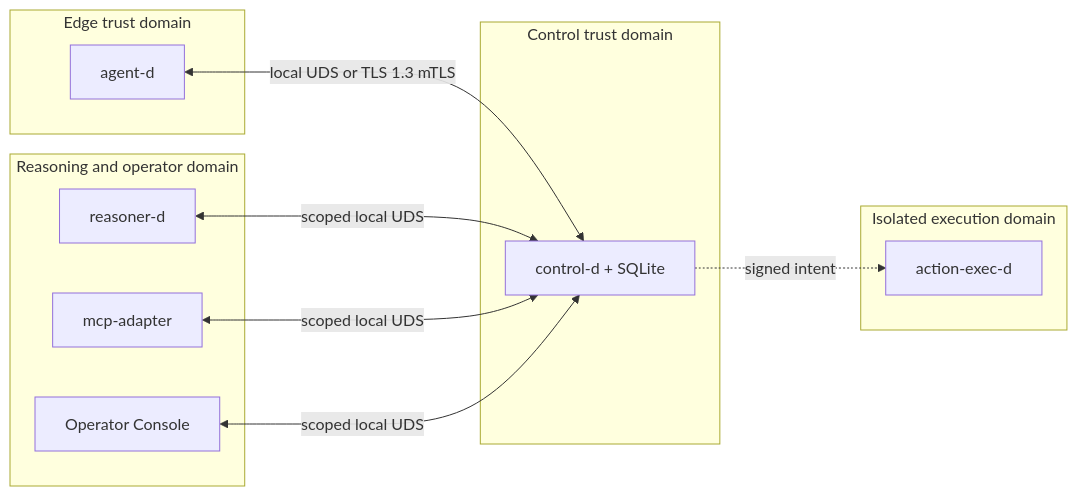
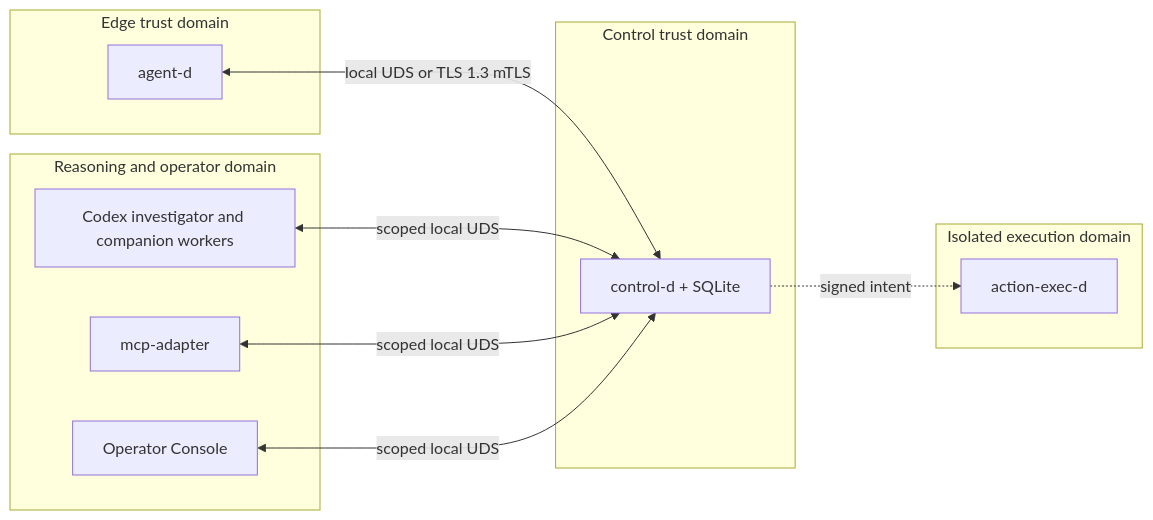
Before and after one commit to FloorIsGround/defensive-security-autonomous-mitigation-harness: the diagram in README.md, drawn with Mermaid. The commit also changed other lines of this file and 84 other files, not shown here.

````diff
--- a/README.md
+++ b/README.md
@@ -7,20 +7,20 @@
 ```mermaid
 flowchart LR
   subgraph Edge[Edge trust domain]
     A[agent-d]
   end
   subgraph Control[Control trust domain]
     C[control-d + SQLite]
   end
   subgraph Clients[Reasoning and operator domain]
-    R[reasoner-d]
+    R[Codex investigator and companion workers]
     M[mcp-adapter]
     W[Operator Console]
   end
   subgraph Execution[Isolated execution domain]
     E[action-exec-d]
   end
   A <-->|local UDS or TLS 1.3 mTLS| C
   R & M & W <-->|scoped local UDS| C
   C -. signed intent .-> E
 ```
````
